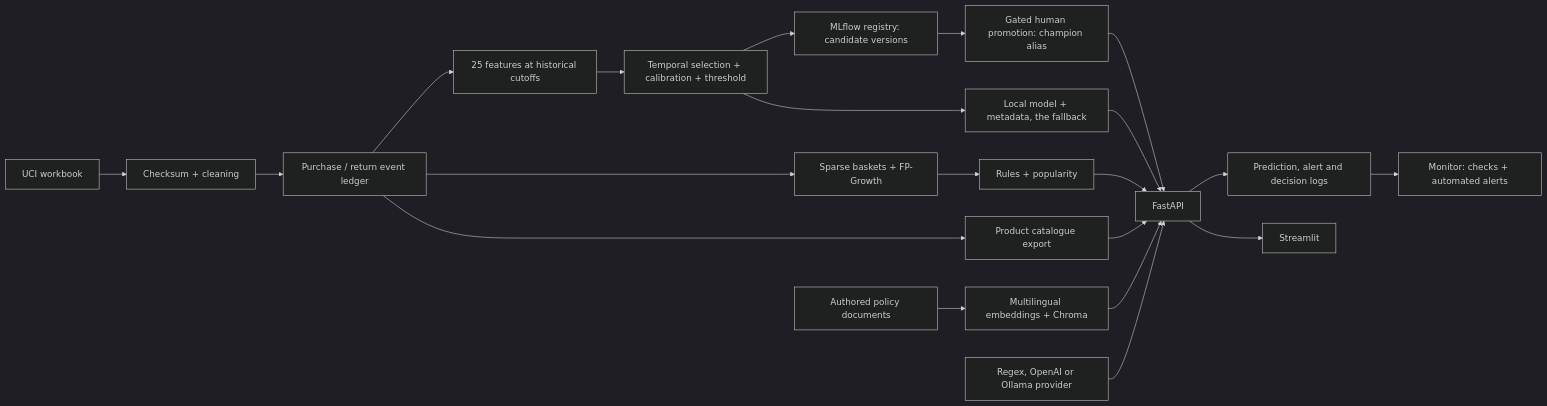
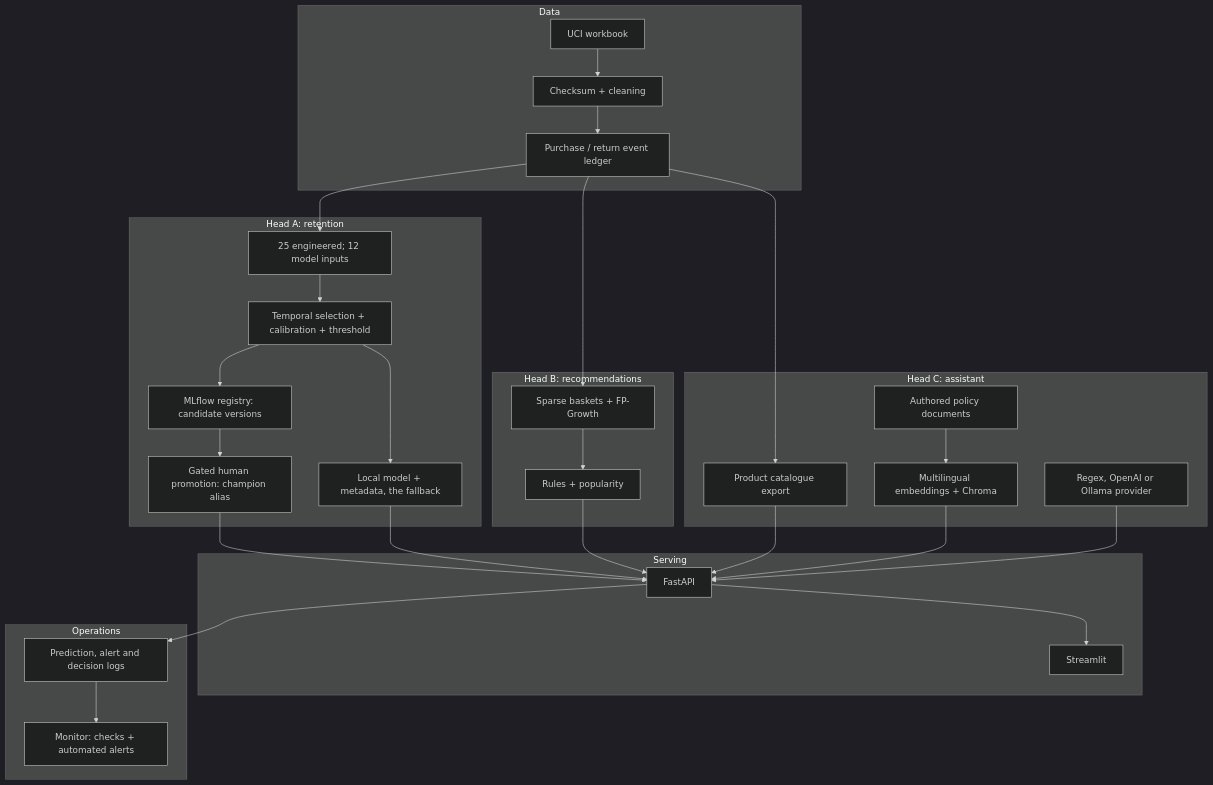
Before and after one commit to Eraldo57/boreal-marche: the diagram in ARCHITECTURE.md, drawn with Mermaid (dark theme). The commit also changed other lines of this file and 222 other files, not shown here.

````diff
--- a/ARCHITECTURE.md
+++ b/ARCHITECTURE.md
@@ -5,23 +5,53 @@
 ```mermaid
-flowchart LR
-  U[UCI workbook] --> I[Checksum + cleaning]
-  I --> T[Purchase / return event ledger]
-  T --> F[25 features at historical cutoffs]
-  F --> A[Temporal selection + calibration + threshold]
-  A --> G[MLflow registry: candidate versions]
-  G --> P[Gated human promotion: champion alias]
-  A --> M[Local model + metadata, the fallback]
-  T --> B[Sparse baskets + FP-Growth]
-  B --> R[Rules + popularity]
-  T --> C[Product catalogue export]
-  D[Authored policy documents] --> E[Multilingual embeddings + Chroma]
-  P --> API[FastAPI]
+flowchart TB
+  subgraph data[Data]
+    U[UCI workbook]
+    I[Checksum + cleaning]
+    T[Purchase / return event ledger]
+  end
+  subgraph headA[Head A: retention]
+    F[25 engineered; 12 model inputs]
+    A[Temporal selection + calibration + threshold]
+    G[MLflow registry: candidate versions]
+    P[Gated human promotion: champion alias]
+    M[Local model + metadata, the fallback]
+  end
+  subgraph headB[Head B: recommendations]
+    B[Sparse baskets + FP-Growth]
+    R[Rules + popularity]
+  end
+  subgraph headC[Head C: assistant]
+    D[Authored policy documents]
+    E[Multilingual embeddings + Chroma]
+    C[Product catalogue export]
+    L[Regex, OpenAI or Ollama provider]
+  end
+  subgraph serving[Serving]
+    API[FastAPI]
+    UI[Streamlit]
+  end
+  subgraph ops[Operations]
+    DB[Prediction, alert and decision logs]
+    MON[Monitor: checks + automated alerts]
+  end
+  U --> I
+  I --> T
+  T --> F
+  F --> A
+  A --> G
+  G --> P
+  A --> M
+  T --> B
+  B --> R
+  T --> C
+  D --> E
+  P --> API
   M --> API
   R --> API
   C --> API
   E --> API
-  L[Regex, OpenAI or Ollama provider] --> API
-  API --> DB[Prediction, alert and decision logs]
-  DB --> MON[Monitor: checks + automated alerts]
-  API --> UI[Streamlit]
+  L --> API
+  API --> DB
+  DB --> MON
+  API --> UI
 ```
````
